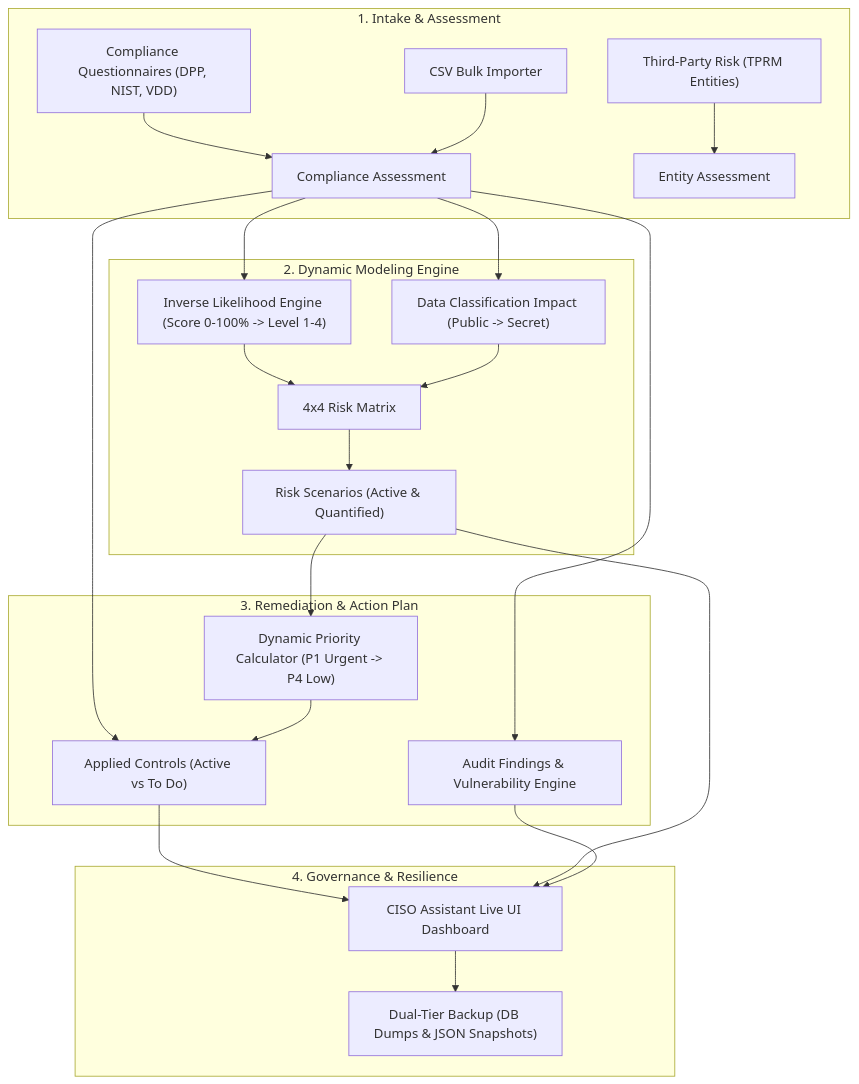
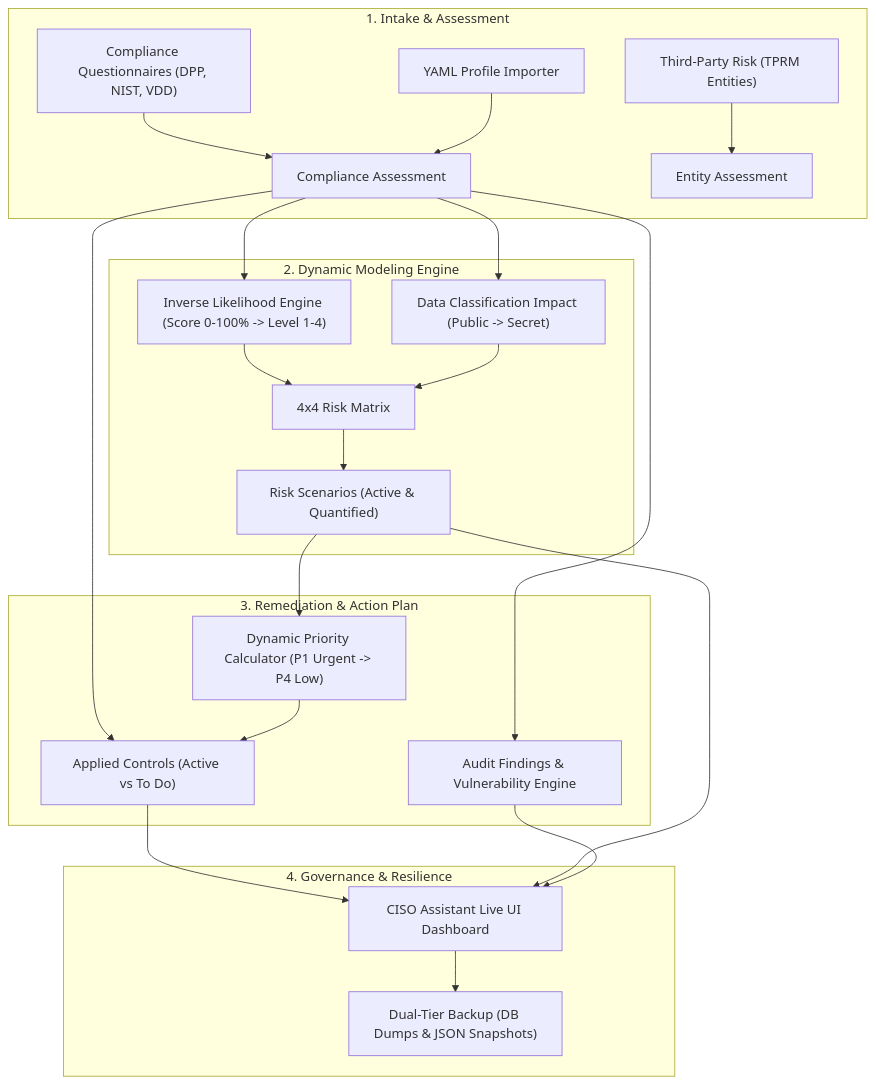
The diagram in FEATURES_OVERVIEW.md (darckcerberus-beep/ciso-assistant), drawn with Mermaid before and after one commit. The commit also changed other lines of this file and 41 other files, not shown here.

````diff
--- a/FEATURES_OVERVIEW.md
+++ b/FEATURES_OVERVIEW.md
@@ -22,27 +22,27 @@
 ```mermaid
 flowchart TD
     subgraph INTAKE ["1. Intake & Assessment"]
         Q["Compliance Questionnaires (DPP, NIST, VDD)"] --> CA["Compliance Assessment"]
         TPRM["Third-Party Risk (TPRM Entities)"] --> EA["Entity Assessment"]
-        CSV["CSV Bulk Importer"] --> CA
+        YML["YAML Profile Importer"] --> CA
     end
 
     subgraph ENGINE ["2. Dynamic Modeling Engine"]
         CA --> LIKELIHOOD["Inverse Likelihood Engine (Score 0-100% -> Level 1-4)"]
         CA --> IMPACT["Data Classification Impact (Public -> Secret)"]
         LIKELIHOOD & IMPACT --> MATRIX["4x4 Risk Matrix"]
         MATRIX --> SCENARIOS["Risk Scenarios (Active & Quantified)"]
     end
 
     subgraph REMEDIATION ["3. Remediation & Action Plan"]
         SCENARIOS --> PRIORITY["Dynamic Priority Calculator (P1 Urgent -> P4 Low)"]
         CA --> CONTROLS["Applied Controls (Active vs To Do)"]
         PRIORITY --> CONTROLS
         CA --> FINDINGS["Audit Findings & Vulnerability Engine"]
     end
 
     subgraph GOVERNANCE ["4. Governance & Resilience"]
         CONTROLS & SCENARIOS & FINDINGS --> DASHBOARD["CISO Assistant Live UI Dashboard"]
         DASHBOARD --> BACKUP["Dual-Tier Backup (DB Dumps & JSON Snapshots)"]
     end
 ```
````
